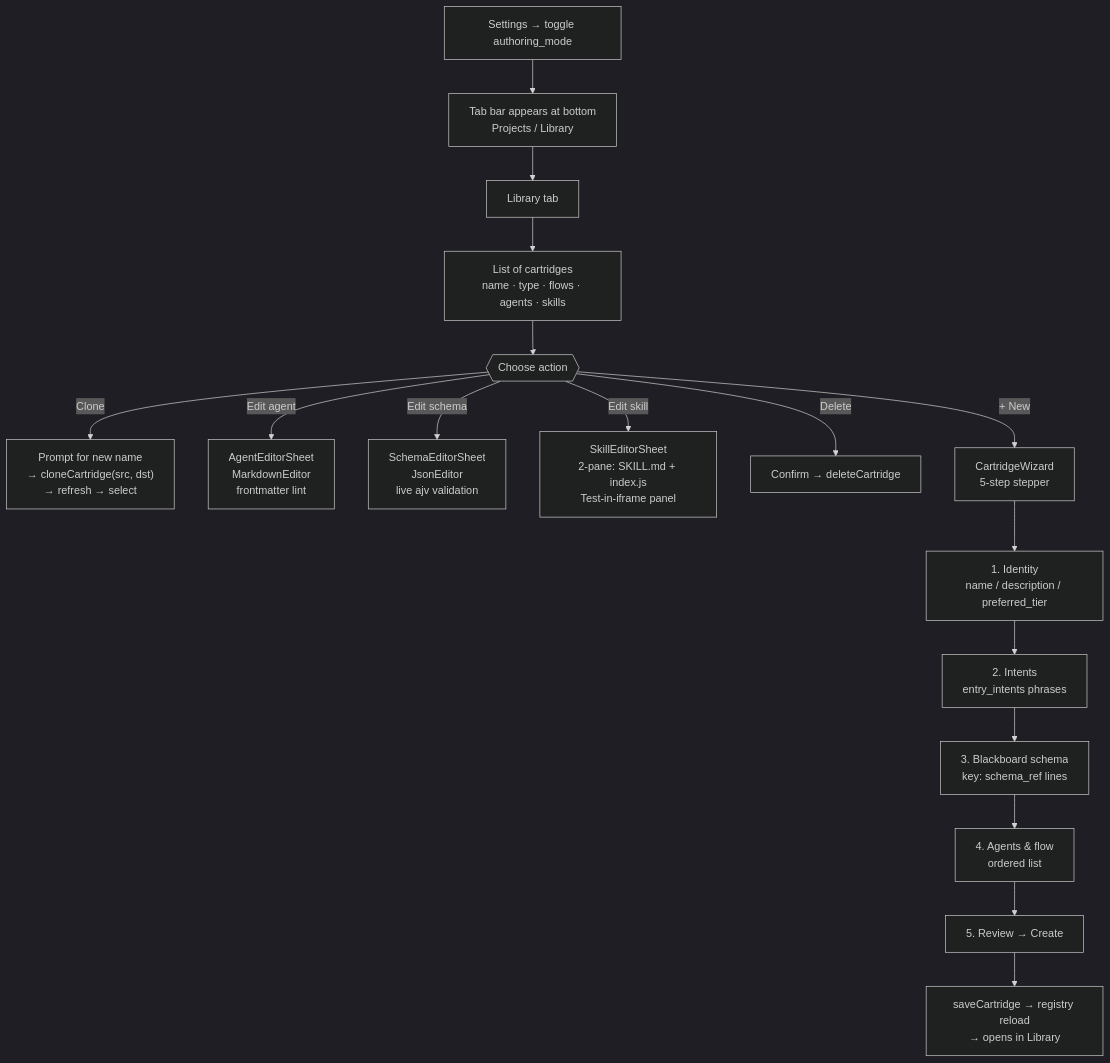
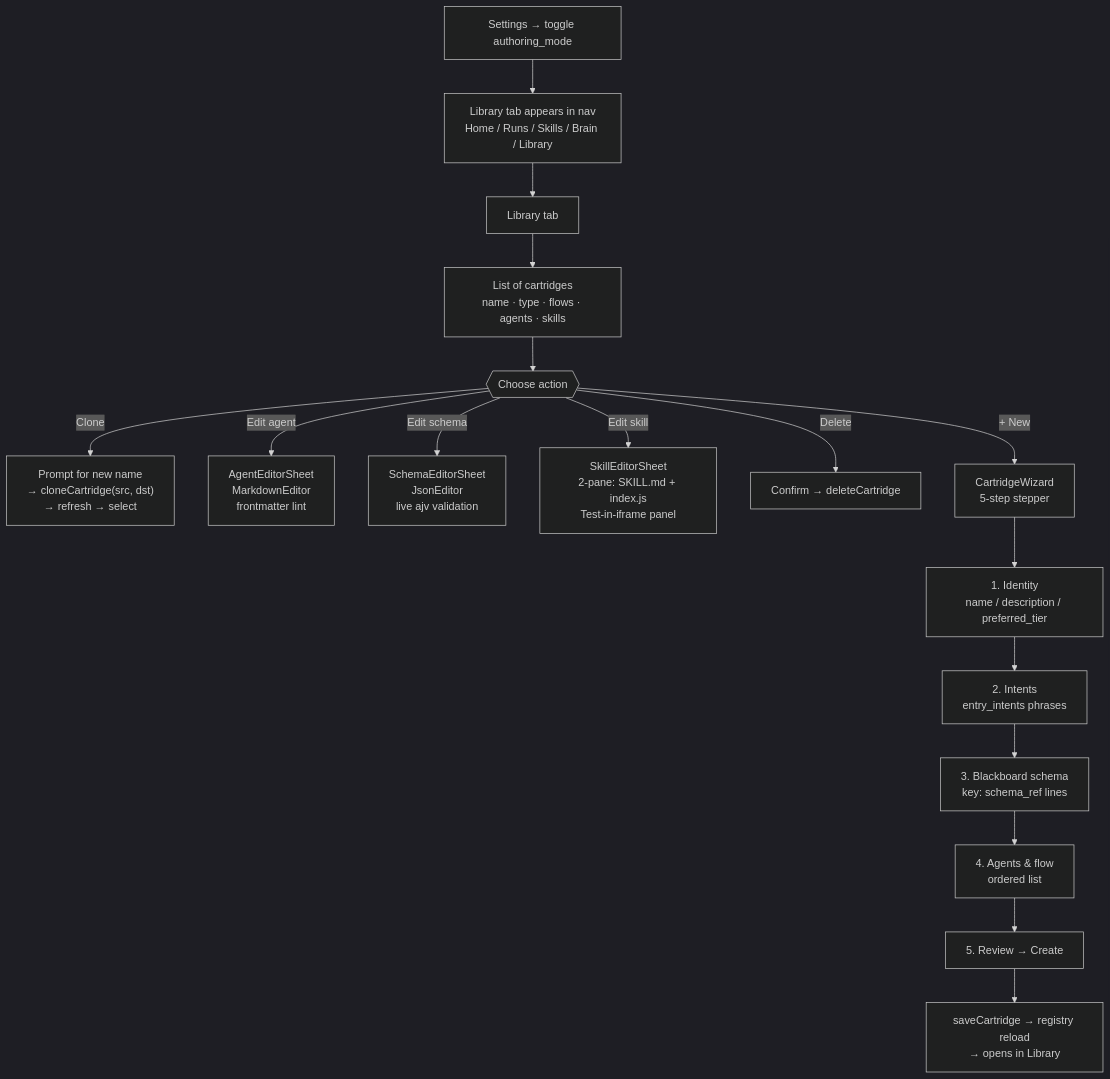
The fifth of 9 diagrams in docs/tutorial-mobile.md (EvolvingAgentsLabs/skillos), drawn with Mermaid (dark theme) before and after one commit. The commit also changed other lines of this file and 35 other files, not shown here.

````diff
--- a/docs/tutorial-mobile.md
+++ b/docs/tutorial-mobile.md
@@ -250,19 +270,19 @@
 ```mermaid
 flowchart TB
-  A[Settings → toggle authoring_mode] --> B[Tab bar appears at bottom<br/>Projects / Library]
+  A[Settings → toggle authoring_mode] --> B[Library tab appears in nav<br/>Home / Runs / Skills / Brain / Library]
   B --> C[Library tab]
   C --> D["List of cartridges<br/>name · type · flows · agents · skills"]
   D --> Actions{{Choose action}}
   Actions -- Clone --> Clone["Prompt for new name<br/>→ cloneCartridge(src, dst)<br/>→ refresh → select"]
   Actions -- Edit agent --> AgentEd["AgentEditorSheet<br/>MarkdownEditor<br/>frontmatter lint"]
   Actions -- Edit schema --> SchemaEd["SchemaEditorSheet<br/>JsonEditor<br/>live ajv validation"]
   Actions -- Edit skill --> SkillEd["SkillEditorSheet<br/>2-pane: SKILL.md + index.js<br/>Test-in-iframe panel"]
   Actions -- Delete --> Del[Confirm → deleteCartridge]
   Actions -- + New --> Wizard["CartridgeWizard<br/>5-step stepper"]
   Wizard --> W1[1. Identity<br/>name / description / preferred_tier]
   W1 --> W2[2. Intents<br/>entry_intents phrases]
   W2 --> W3[3. Blackboard schema<br/>key: schema_ref lines]
   W3 --> W4[4. Agents & flow<br/>ordered list]
   W4 --> W5[5. Review → Create]
   W5 --> Saved["saveCartridge → registry reload<br/>→ opens in Library"]
 ```
````
